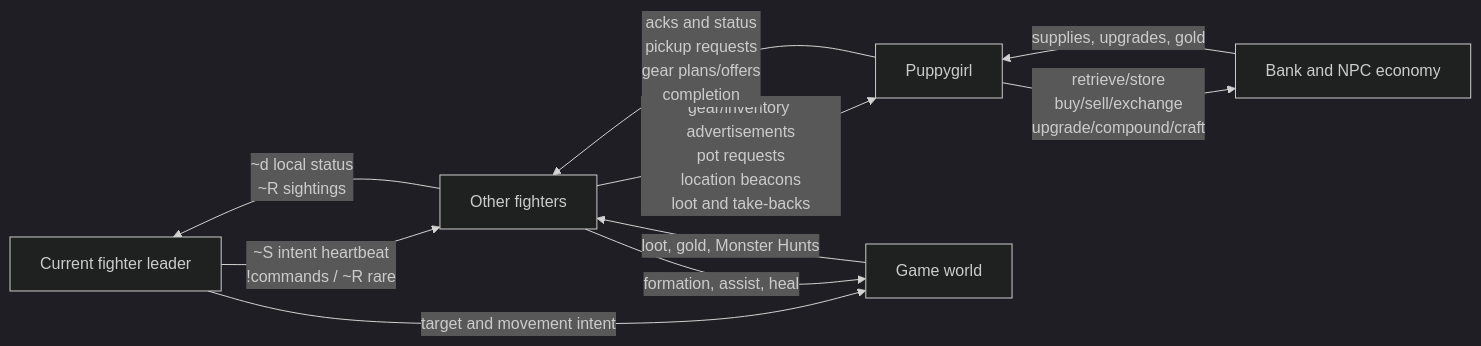
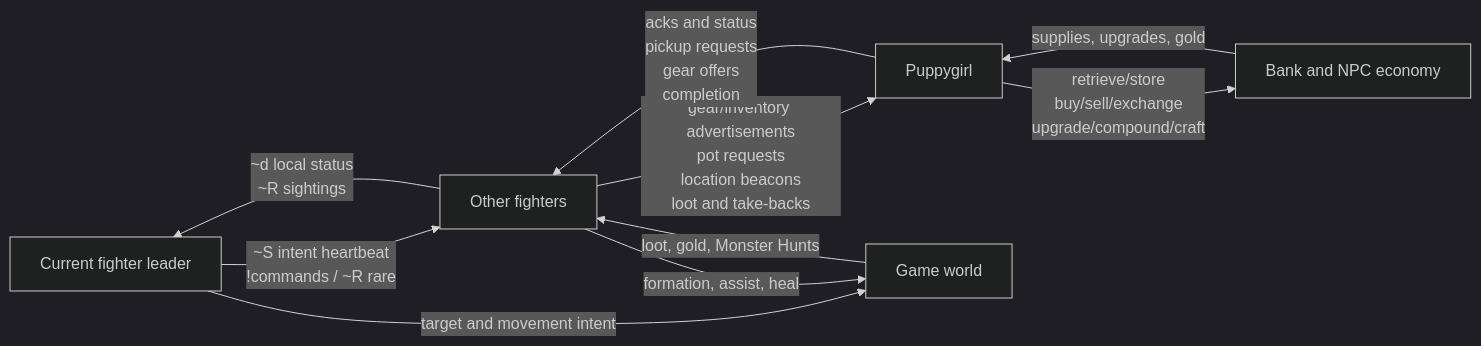
One commit to lizizatt/scratch changed the second of 7 diagrams in adventureland/SYSTEM_ARCHITECTURE.md. Above: the diagram before and after it, drawn with Mermaid (dark theme). The commit also changed other lines of this file and 9 other files, not shown here.

````diff
--- a/adventureland/SYSTEM_ARCHITECTURE.md
+++ b/adventureland/SYSTEM_ARCHITECTURE.md
@@ -110,21 +109,21 @@
 ```mermaid
 flowchart LR
     L["Current fighter leader"]
     F["Other fighters"]
     M["Puppygirl"]
     G["Game world"]
     B["Bank and NPC economy"]
 
     L -- "~S intent heartbeat\n!commands / ~R rare" --> F
     F -- "~d local status\n~R sightings" --> L
 
     F -- "gear/inventory advertisements\npot requests\nlocation beacons\nloot and take-backs" --> M
-    M -- "acks and status\npickup requests\ngear plans/offers\ncompletion" --> F
+    M -- "acks and status\npickup requests\ngear offers\ncompletion" --> F
 
     L -- "target and movement intent" --> G
     F -- "formation, assist, heal" --> G
     G -- "loot, gold, Monster Hunts" --> F
 
     M -- "retrieve/store\nbuy/sell/exchange\nupgrade/compound/craft" --> B
     B -- "supplies, upgrades, gold" --> M
 ```
````
